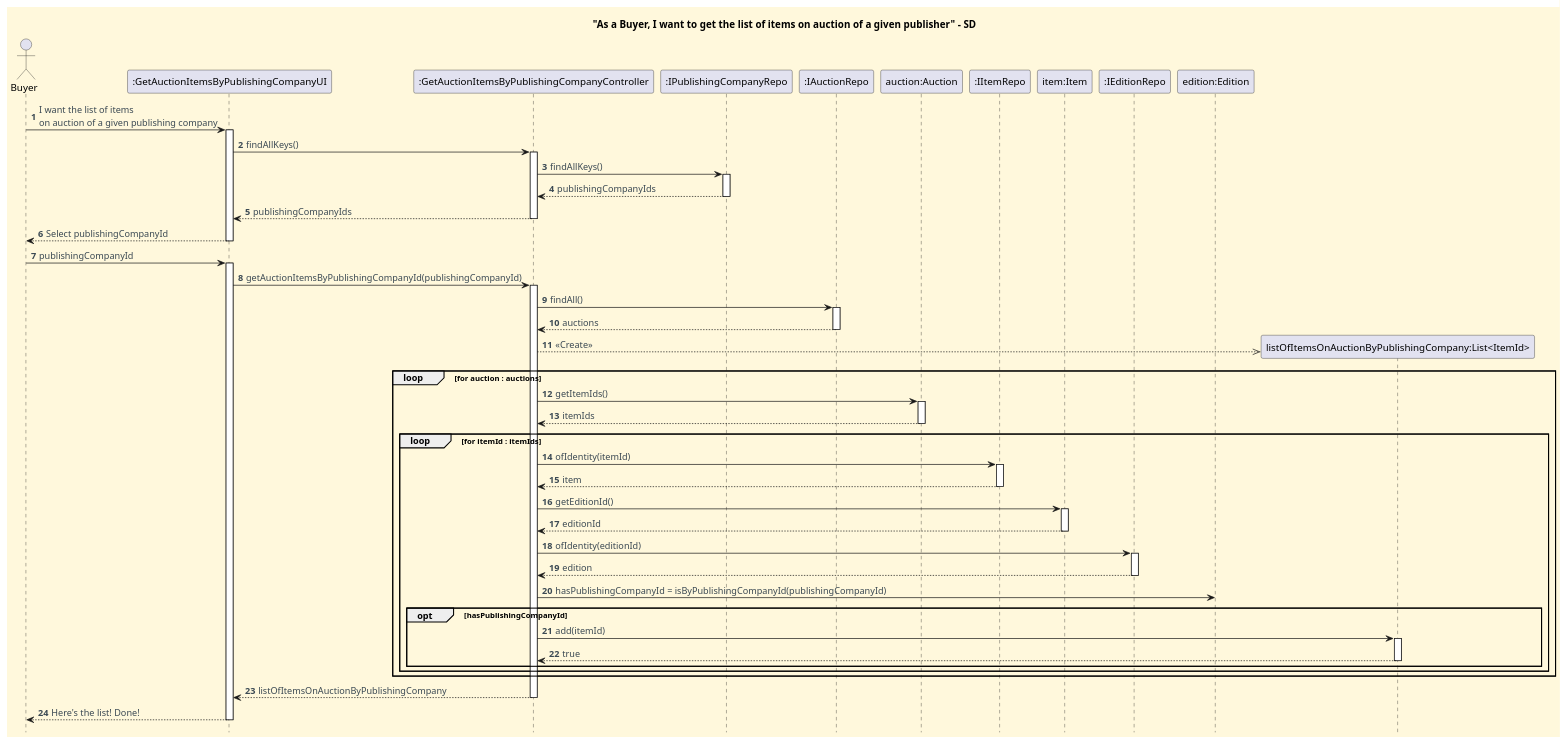
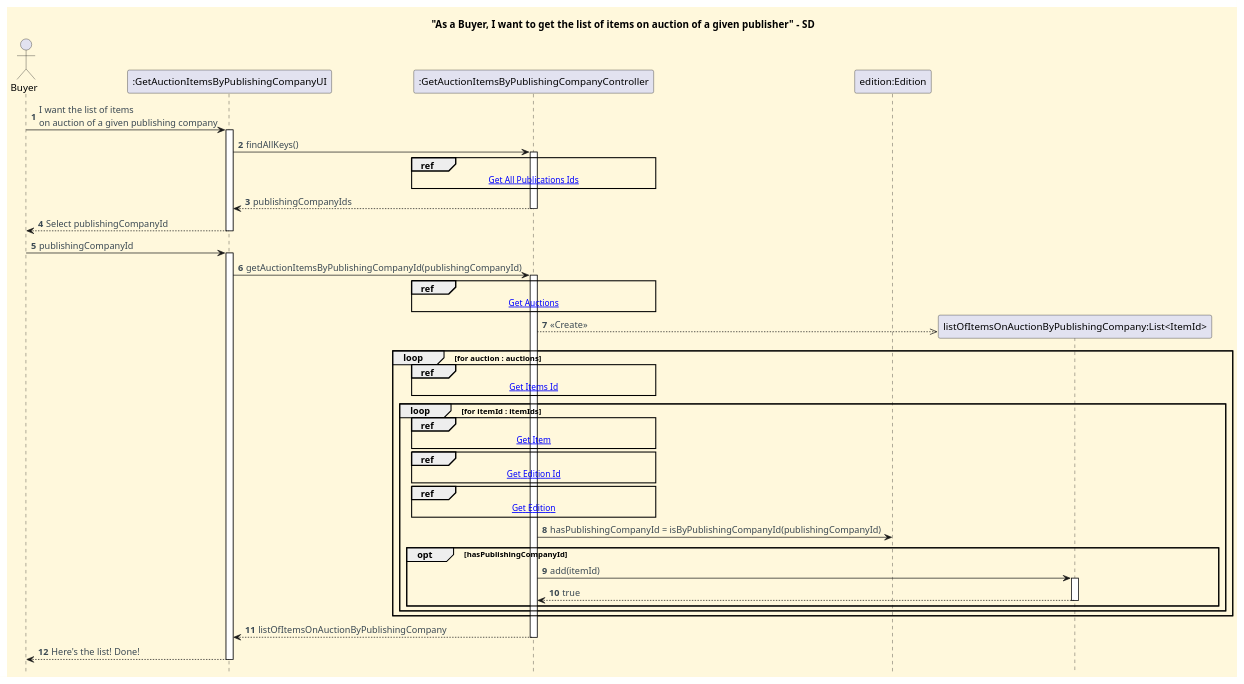
One commit to CarolinaLeite-collab/JavaMarketplacePlatform changed the diagram in docs/functionalities/buyer/get-list-of-items-on-auction-of-given-publishing-company/Get_List_Of_Items_On_Auction_Of_Given_Publishing_Company_SD.puml. Above: the diagram before and after it, drawn with PlantUML. The commit also changed 6 other files, not shown here.

Commit message:
docs: update getListOfItensOnAuctionByPublisherCompany SD #810

```diff
--- a/docs/functionalities/buyer/get-list-of-items-on-auction-of-given-publishing-company/Get_List_Of_Items_On_Auction_Of_Given_Publishing_Company_SD.puml
+++ b/docs/functionalities/buyer/get-list-of-items-on-auction-of-given-publishing-company/Get_List_Of_Items_On_Auction_Of_Given_Publishing_Company_SD.puml
@@ -1,97 +1,83 @@
 @startuml
 title "As a Buyer, I want to get the list of items on auction of a given publisher" - SD
 hidefootbox
 
 skinparam shadowing false
 skinparam defaultFontName Futura
 skinparam objectFontSize 20
 skinparam backgroundColor CornSilk
 skinparam objectBackgroundColor WhiteSmoke
 skinparam ArrowFontColor #3B4953
 
 autonumber
 autoactivate off
 
 actor Buyer
 participant ":GetAuctionItemsByPublishingCompanyUI" as UI
 participant ":GetAuctionItemsByPublishingCompanyController" as CTL
-participant ":IPublishingCompanyRepo" as PCR
-participant ":IAuctionRepo" as DSR
-participant "auction:Auction" as Auction
-participant ":IItemRepo" as IR
-participant "item:Item" as Item
-participant ":IEditionRepo" as ER
+
 participant "edition:Edition" as Edition
 
 
 Buyer -> UI: I want the list of items \non auction of a given publishing company
 activate UI
 UI -> CTL : findAllKeys()
 activate CTL
-CTL -> PCR : findAllKeys()
-activate PCR
-
-PCR --> CTL : publishingCompanyIds
-deactivate PCR
+ref over CTL
+[[sd-ref-diagrams/Get_Publishing_Company_Id.puml Get All Publications Ids]]
+end ref
 
 CTL --> UI : publishingCompanyIds
 deactivate CTL
 UI --> Buyer: Select publishingCompanyId
 deactivate UI
 Buyer -> UI: publishingCompanyId
 activate UI
 
 
 UI -> CTL: getAuctionItemsByPublishingCompanyId(publishingCompanyId)
 activate CTL
-
-CTL -> DSR: findAll()
-activate DSR
-
-DSR --> CTL: auctions
-deactivate DSR
+ref over CTL
+[[sd-ref-diagrams/Get_Auction.puml Get Auctions]]
+end ref
 
 create "listOfItemsOnAuctionByPublishingCompany:List<ItemId>"
 CTL -->> "listOfItemsOnAuctionByPublishingCompany:List<ItemId>" : <<Create>>
 
 loop for auction : auctions
-CTL -> Auction : getItemIds()
-activate Auction
-Auction --> CTL : itemIds
-deactivate Auction
+ref over CTL
+[[sd-ref-diagrams/Get_Item_Id.puml Get Items Id]]
+end ref
 
 loop for itemId : itemIds
-CTL -> IR : ofIdentity(itemId)
-activate IR
-IR --> CTL : item
-deactivate IR
-CTL -> Item : getEditionId()
-activate Item
-Item --> CTL : editionId
-deactivate Item
+ref over CTL
+[[sd-ref-diagrams/Get_Item.puml Get Item]]
+end ref
 
-CTL -> ER : ofIdentity(editionId)
-activate ER
-ER --> CTL : edition
-deactivate ER
+ref over CTL
+[[sd-ref-diagrams/Get_Edition_Id.puml Get Edition Id]]
+end ref
 
+ref over CTL
+[[sd-ref-diagrams/Get_Edition.puml Get Edition]]
+end ref
 
 CTL -> Edition : hasPublishingCompanyId = isByPublishingCompanyId(publishingCompanyId)
 
 opt hasPublishingCompanyId
 CTL -> "listOfItemsOnAuctionByPublishingCompany:List<ItemId>" : add(itemId)
 activate "listOfItemsOnAuctionByPublishingCompany:List<ItemId>"
 "listOfItemsOnAuctionByPublishingCompany:List<ItemId>" --> CTL : true
 deactivate "listOfItemsOnAuctionByPublishingCompany:List<ItemId>"
 end
 end
 end
 
 
 CTL --> UI: listOfItemsOnAuctionByPublishingCompany
 deactivate CTL
 
 UI --> Buyer: Here's the list! Done!
 deactivate UI
 
 @enduml@startuml
```
